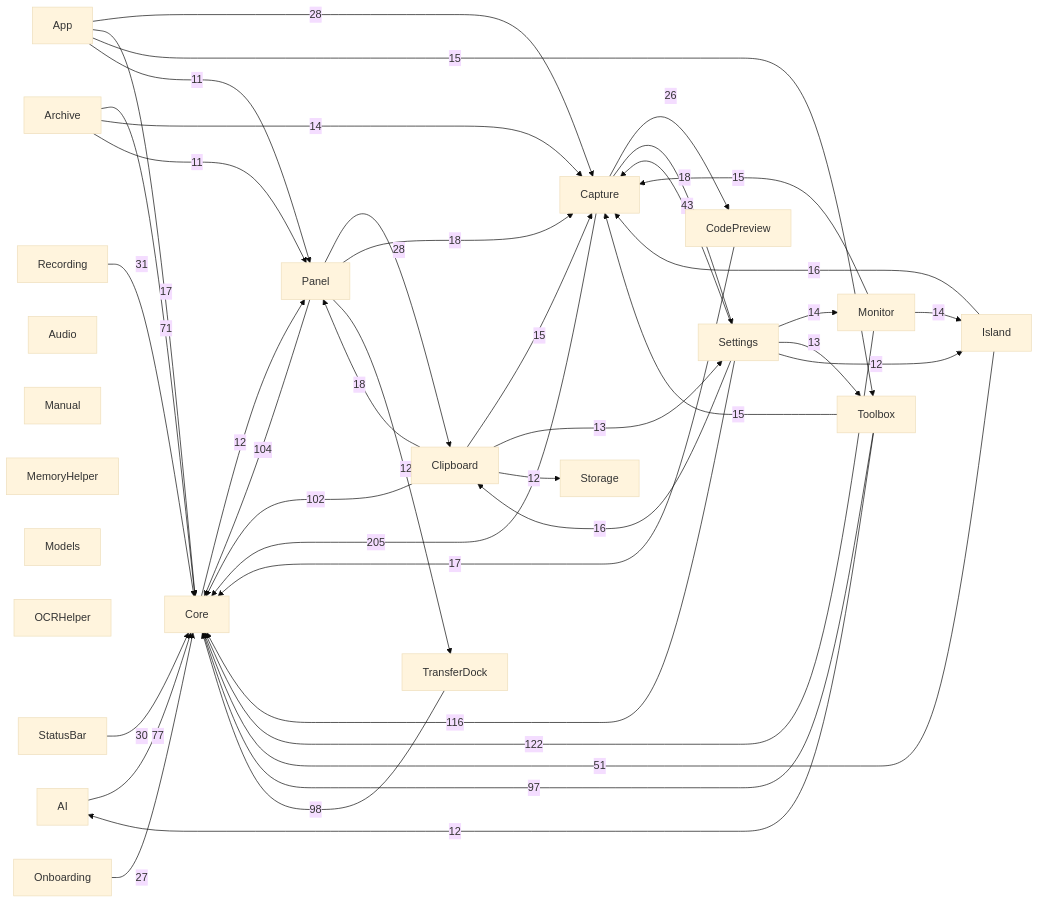
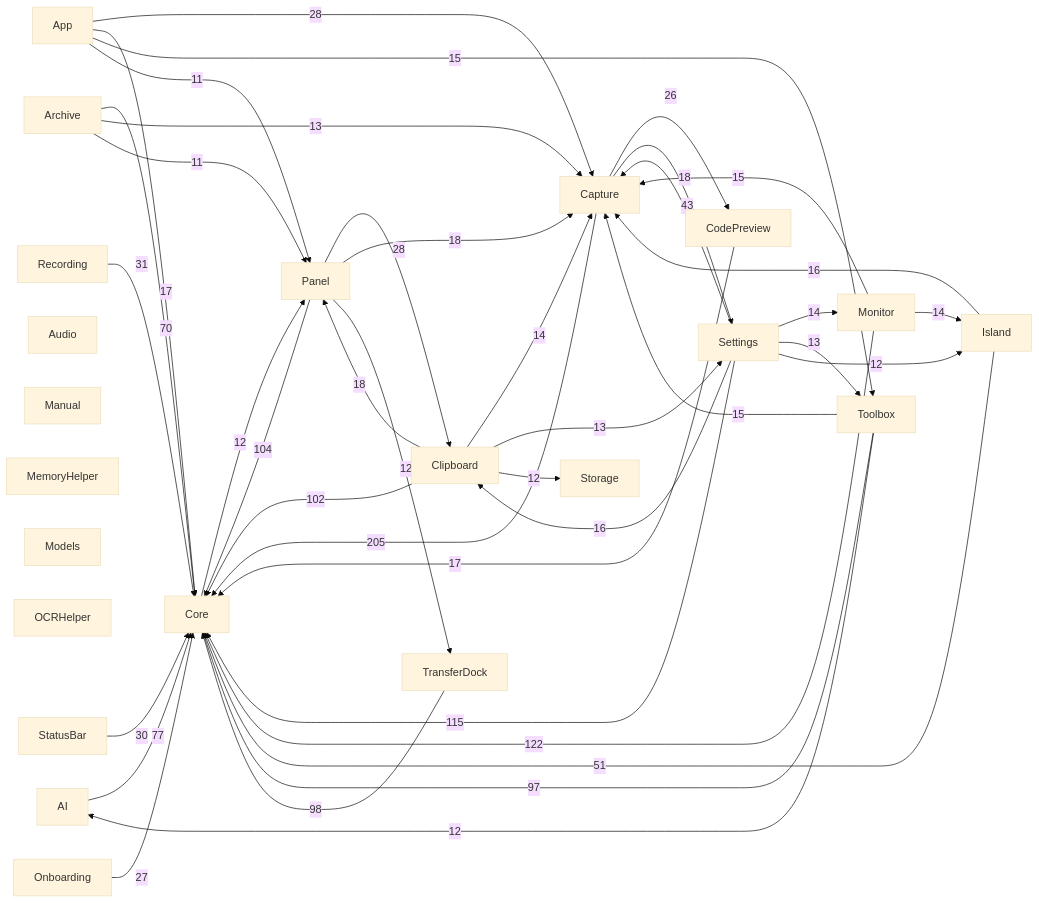
One commit to sxyq/Kitnest changed the diagram in docs/00-总览/模块依赖图.md. Above: the diagram before and after it, drawn with Mermaid (base theme). The commit also changed other lines of this file and 93 other files, not shown here.

````diff
--- a/docs/00-总览/模块依赖图.md
+++ b/docs/00-总览/模块依赖图.md
@@ -36,65 +36,65 @@
 ```mermaid
 flowchart LR
   M0["AI"]
   M1["App"]
   M2["Archive"]
   M3["Audio"]
   M4["Capture"]
   M5["Clipboard"]
   M6["CodePreview"]
   M7["Core"]
   M8["Island"]
   M9["Manual"]
   M10["MemoryHelper"]
   M11["Models"]
   M12["Monitor"]
   M13["OCRHelper"]
   M14["Onboarding"]
   M15["Panel"]
   M16["Recording"]
   M17["Settings"]
   M18["StatusBar"]
   M19["Storage"]
   M20["Toolbox"]
   M21["TransferDock"]
   M4 -->|205| M7
   M12 -->|122| M7
-  M17 -->|116| M7
+  M17 -->|115| M7
   M15 -->|104| M7
   M5 -->|102| M7
   M21 -->|98| M7
   M20 -->|97| M7
   M0 -->|77| M7
-  M2 -->|71| M7
+  M2 -->|70| M7
   M8 -->|51| M7
   M17 -->|43| M4
   M16 -->|31| M7
   M18 -->|30| M7
   M1 -->|28| M4
   M15 -->|28| M5
   M14 -->|27| M7
   M4 -->|26| M6
   M4 -->|18| M17
   M5 -->|18| M15
   M15 -->|18| M4
   M1 -->|17| M7
   M6 -->|17| M7
   M8 -->|16| M4
   M17 -->|16| M5
   M1 -->|15| M20
-  M5 -->|15| M4
   M12 -->|15| M4
   M20 -->|15| M4
-  M2 -->|14| M4
+  M5 -->|14| M4
   M12 -->|14| M8
   M17 -->|14| M12
+  M2 -->|13| M4
   M5 -->|13| M17
   M17 -->|13| M20
   M7 -->|12| M15
   M5 -->|12| M19
   M15 -->|12| M21
   M17 -->|12| M8
   M20 -->|12| M0
   M1 -->|11| M15
   M2 -->|11| M15
 ```
````
